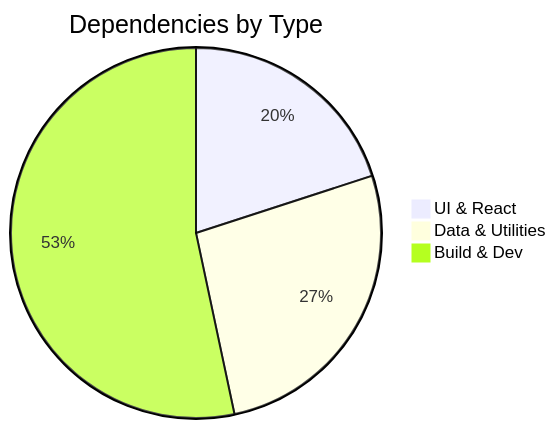
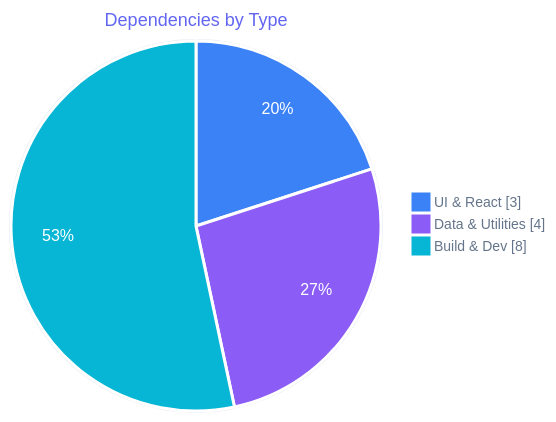
One commit to Adamya-Varshney/Pocket changed the fifth of 10 diagrams in README.md. Above: the diagram before and after it, drawn with Mermaid. The commit also changed other lines of this file, not shown here.

First line of the commit message:
docs(readme): restyle diagrams with a bright, sharp visual theme (#4)

````diff
--- a/README.md
+++ b/README.md
@@ -185,6 +205,7 @@
 ```mermaid
-pie title Dependencies by Type
+%%{init: {"theme":"base","themeVariables":{"fontFamily":"Inter, Segoe UI, Helvetica Neue, Arial, sans-serif","pie1":"#3B82F6","pie2":"#8B5CF6","pie3":"#06B6D4","pieStrokeColor":"#FFFFFF","pieStrokeWidth":"3px","pieOuterStrokeColor":"#E2E8F0","pieOuterStrokeWidth":"2px","pieSectionTextColor":"#FFFFFF","pieSectionTextSize":"16px","pieTitleTextColor":"#6366F1","pieTitleTextSize":"18px","pieLegendTextColor":"#64748B","pieLegendTextSize":"14px","pieOpacity":"1"}}}%%
+pie showData title Dependencies by Type
   "UI & React" : 3
   "Data & Utilities" : 4
   "Build & Dev" : 8
 ```
````
